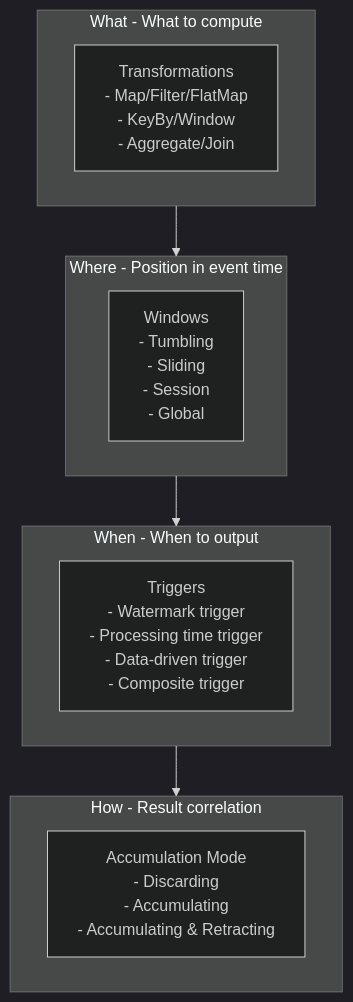
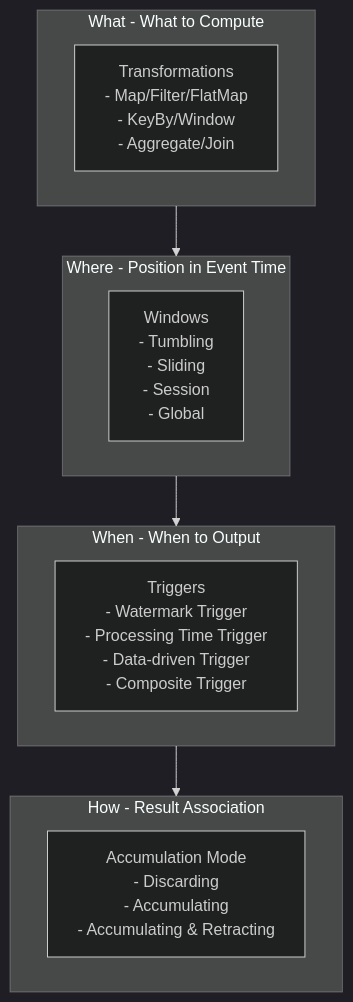
The fourth of 5 diagrams in i18n/en/Knowledge/01-concept-atlas/01.01-stream-processing-fundamentals.md (AdaMartin18010/AnalysisDataFlow), drawn with Mermaid (dark theme) before and after one commit. The commit also changed other lines of this file and 154 other files, not shown here.

````diff
--- a/i18n/en/Knowledge/01-concept-atlas/01.01-stream-processing-fundamentals.md
+++ b/i18n/en/Knowledge/01-concept-atlas/01.01-stream-processing-fundamentals.md
@@ -982,20 +982,20 @@
 ```mermaid
 flowchart TB
-    subgraph What["What - What to compute"]
+    subgraph What["What - What to Compute"]
         transformations["Transformations<br/>- Map/Filter/FlatMap<br/>- KeyBy/Window<br/>- Aggregate/Join"]
     end
 
-    subgraph Where["Where - Position in event time"]
+    subgraph Where["Where - Position in Event Time"]
         windows["Windows<br/>- Tumbling<br/>- Sliding<br/>- Session<br/>- Global"]
     end
 
-    subgraph When["When - When to output"]
-        triggers["Triggers<br/>- Watermark trigger<br/>- Processing time trigger<br/>- Data-driven trigger<br/>- Composite trigger"]
+    subgraph When["When - When to Output"]
+        triggers["Triggers<br/>- Watermark Trigger<br/>- Processing Time Trigger<br/>- Data-driven Trigger<br/>- Composite Trigger"]
     end
 
-    subgraph How["How - Result correlation"]
+    subgraph How["How - Result Association"]
         accumulation["Accumulation Mode<br/>- Discarding<br/>- Accumulating<br/>- Accumulating & Retracting"]
     end
 
     What --> Where --> When --> How
 ```
````
